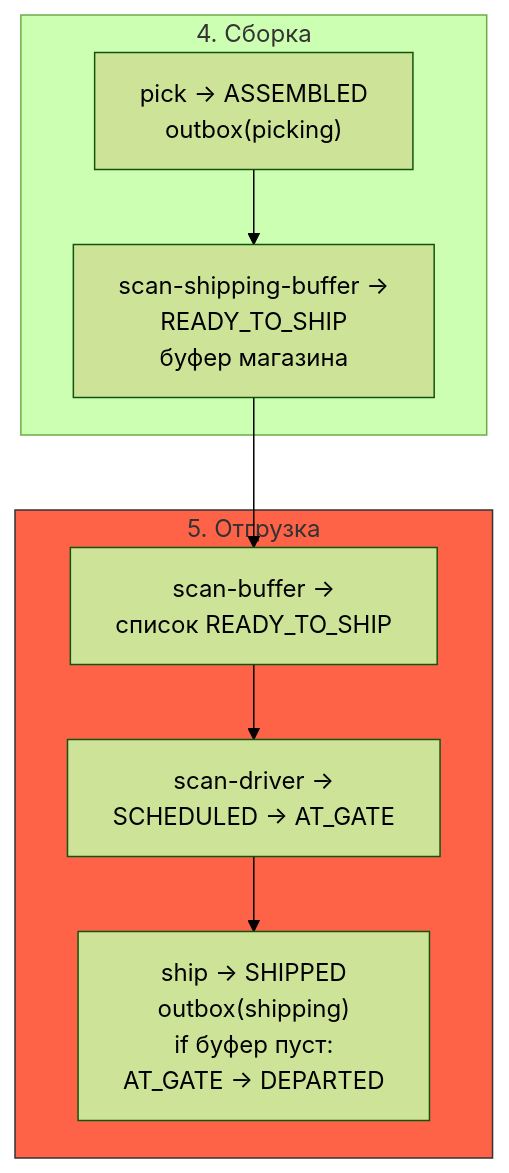
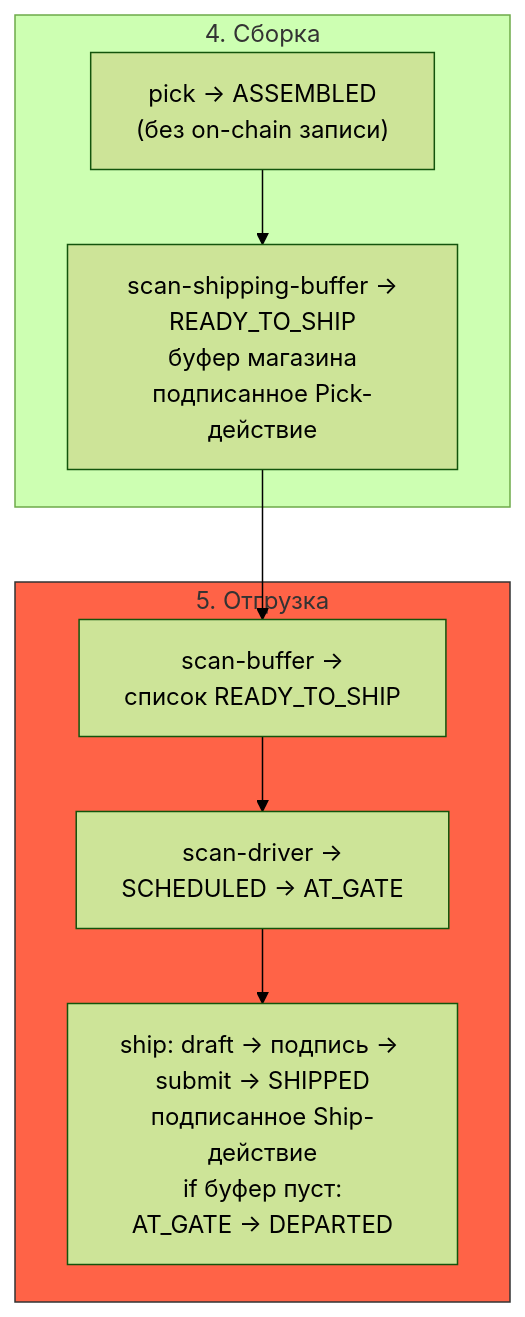
Before and after one commit to oglenyaboss/avalanche-wms: the seventh of 7 diagrams in docs/flows/shipping-flow.md, drawn with Mermaid (forest theme). The commit also changed other lines of this file and 10 other files, not shown here.

````diff
--- a/docs/flows/shipping-flow.md
+++ b/docs/flows/shipping-flow.md
@@ -274,17 +295,17 @@
 ```mermaid
 flowchart TD
     subgraph ASM["4. Сборка"]
-        A1["pick -> ASSEMBLED\noutbox(picking)"]
-        A2["scan-shipping-buffer ->\nREADY_TO_SHIP\nбуфер магазина"]
+        A1["pick -> ASSEMBLED\n(без on-chain записи)"]
+        A2["scan-shipping-buffer ->\nREADY_TO_SHIP\nбуфер магазина\nподписанное Pick-действие"]
     end
 
     subgraph SHIP["5. Отгрузка"]
         S1["scan-buffer ->\nсписок READY_TO_SHIP"]
         S2["scan-driver ->\nSCHEDULED -> AT_GATE"]
-        S3["ship -> SHIPPED\noutbox(shipping)\nif буфер пуст:\nAT_GATE -> DEPARTED"]
+        S3["ship: draft -> подпись -> submit -> SHIPPED\nподписанное Ship-действие\nif буфер пуст:\nAT_GATE -> DEPARTED"]
     end
 
     A1 --> A2 --> S1 --> S2 --> S3
 
     style SHIP fill:#FF6347,stroke:#333
 ```
````
